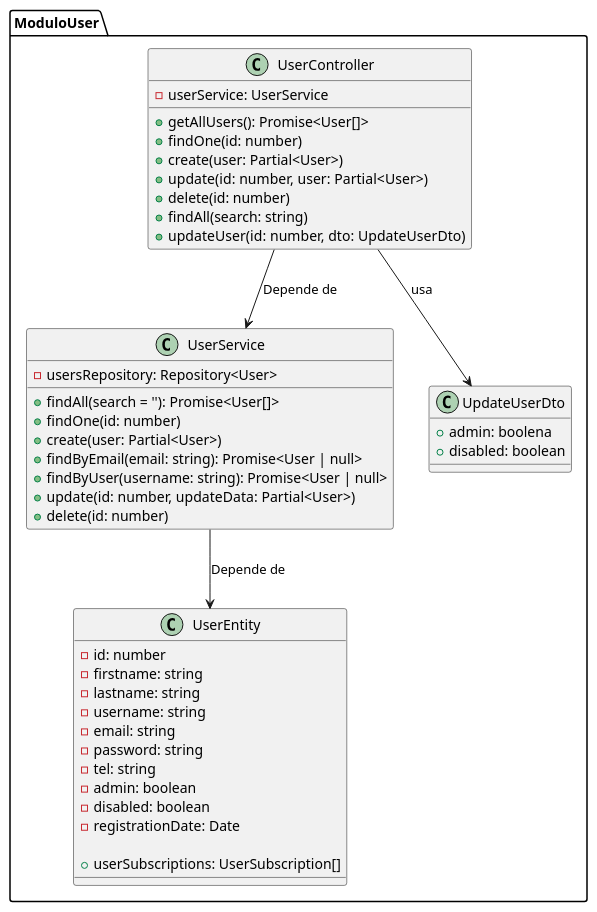
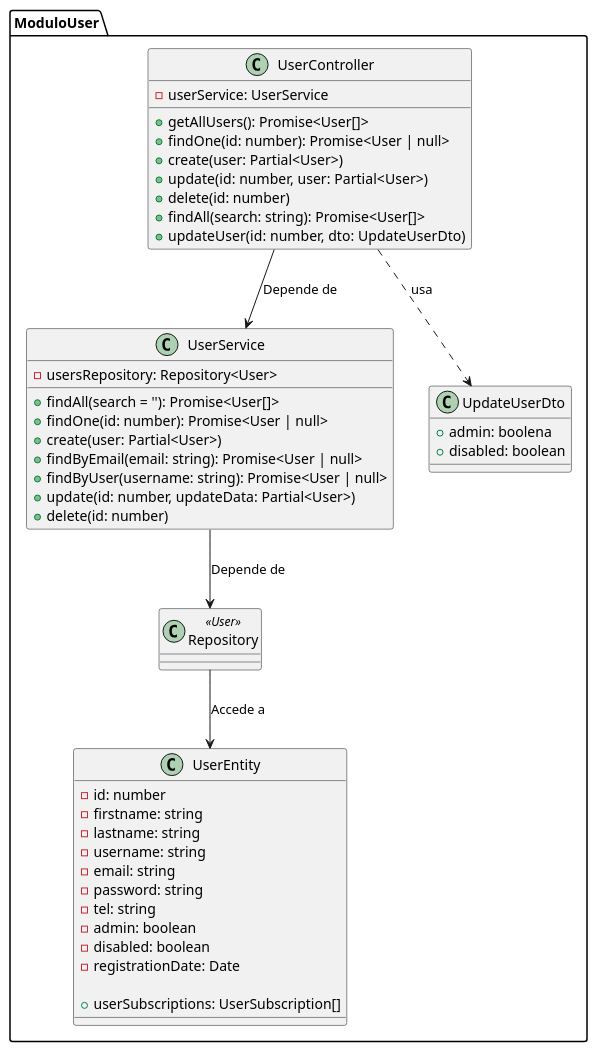
One commit to LucasFrey-tech/Biblioteca changed the diagram in documentacion/Diagrama de Clases/users/users.puml. Above: the diagram before and after it, drawn with PlantUML. The commit also changed 18 other files, not shown here.

Commit message:
Diagramas

```diff
--- a/documentacion/Diagrama de Clases/users/users.puml
+++ b/documentacion/Diagrama de Clases/users/users.puml
@@ -1,53 +1,59 @@
 @startuml
 
 package ModuloUser {
     class UserEntity {
         - id: number
         - firstname: string
         - lastname: string
         - username: string
         - email: string
         - password: string
         - tel: string
         - admin: boolean
         - disabled: boolean
         - registrationDate: Date
         
         + userSubscriptions: UserSubscription[]
     }
 
     class UserService {
         - usersRepository: Repository<User>
 
         + findAll(search = ''): Promise<User[]>
-        + findOne(id: number)
+        + findOne(id: number): Promise<User | null>
         + create(user: Partial<User>)
         + findByEmail(email: string): Promise<User | null>
         + findByUser(username: string): Promise<User | null>
         + update(id: number, updateData: Partial<User>)
         + delete(id: number)
     }
 
     Class UserController {
         - userService: UserService
 
         + getAllUsers(): Promise<User[]>
-        + findOne(id: number)
+        + findOne(id: number): Promise<User | null>
         + create(user: Partial<User>)
         + update(id: number, user: Partial<User>)
         + delete(id: number)
-        + findAll(search: string)
+        + findAll(search: string): Promise<User[]>
         + updateUser(id: number, dto: UpdateUserDto)
     }
 
     class UpdateUserDto {
         + admin: boolena
         + disabled: boolean
     }
+
+    class Repository<<User>> {
+
+    }
+
 }
 
 ' relaciones 
 UserController --> UserService : Depende de
-UserService --> UserEntity : Depende de
-UserController --> UpdateUserDto : usa
+UserService --> Repository : Depende de
+Repository --> UserEntity : Accede a
+UserController ..> UpdateUserDto : usa
 @enduml
```
